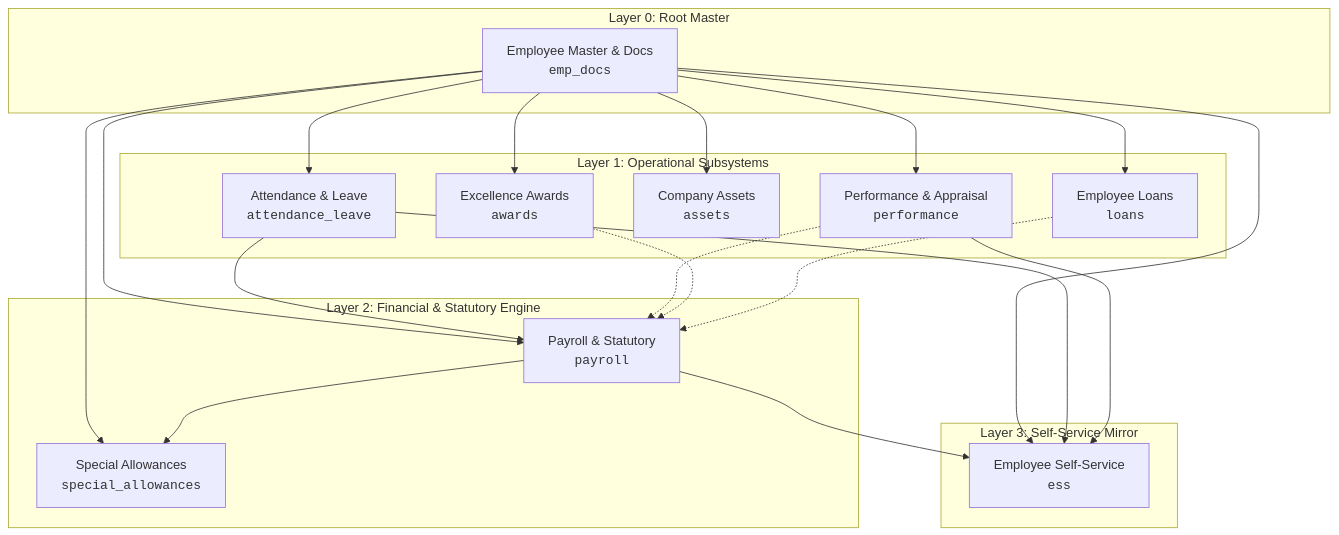
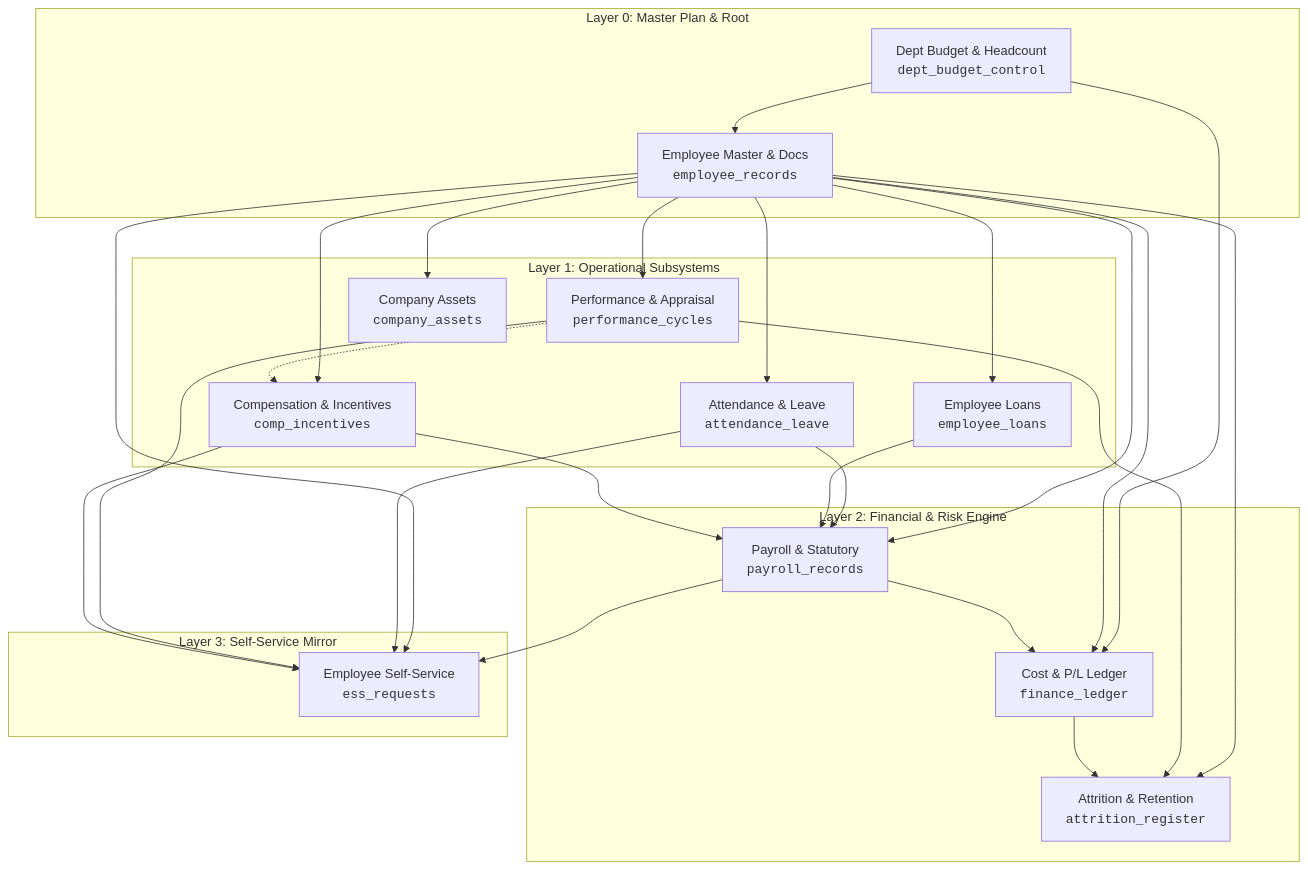
Before and after one commit to Karthik048789/hrms_simulation: the diagram in README.md, drawn with Mermaid. The commit also changed other lines of this file and 7 other files, not shown here.

Commit message:
feat: enhance finance control tower, attrition twin, and synchronize documentation

````diff
--- a/README.md
+++ b/README.md
@@ -35,43 +36,53 @@
 ```mermaid
 graph TD
-  subgraph Layer 0: Root Master
-    emp[Employee Master & Docs<br/><code>emp_docs</code>]
+  subgraph Layer 0: Master Plan & Root
+    bud[Dept Budget & Headcount<br/><code>dept_budget_control</code>]
+    emp[Employee Master & Docs<br/><code>employee_records</code>]
   end
 
   subgraph Layer 1: Operational Subsystems
     att[Attendance & Leave<br/><code>attendance_leave</code>]
-    perf[Performance & Appraisal<br/><code>performance</code>]
-    ast[Company Assets<br/><code>assets</code>]
-    ln[Employee Loans<br/><code>loans</code>]
-    awd[Excellence Awards<br/><code>awards</code>]
+    perf[Performance & Appraisal<br/><code>performance_cycles</code>]
+    ast[Company Assets<br/><code>company_assets</code>]
+    ln[Employee Loans<br/><code>employee_loans</code>]
+    comp[Compensation & Incentives<br/><code>comp_incentives</code>]
   end
 
-  subgraph Layer 2: Financial & Statutory Engine
-    pay[Payroll & Statutory<br/><code>payroll</code>]
-    sa[Special Allowances<br/><code>special_allowances</code>]
+  subgraph Layer 2: Financial & Risk Engine
+    pay[Payroll & Statutory<br/><code>payroll_records</code>]
+    fin[Cost & P/L Ledger<br/><code>finance_ledger</code>]
+    atn[Attrition & Retention<br/><code>attrition_register</code>]
   end
 
   subgraph Layer 3: Self-Service Mirror
-    ess[Employee Self-Service<br/><code>ess</code>]
+    ess[Employee Self-Service<br/><code>ess_requests</code>]
   end
+
+  bud --> emp
+  bud --> fin
 
   emp --> att
   emp --> perf
   emp --> ast
   emp --> ln
-  emp --> awd
-  
+  emp --> comp
+  perf -.-> comp
+
   emp --> pay
   att --> pay
-  perf -.-> pay
-  awd -.-> pay
-  ln -.-> pay
-  
-  emp --> sa
-  pay --> sa
-  
+  ln --> pay
+  comp --> pay
+
+  emp --> fin
+  pay --> fin
+
+  emp --> atn
+  perf --> atn
+  fin --> atn
+
   emp --> ess
   att --> ess
+  perf --> ess
+  comp --> ess
   pay --> ess
-  perf --> ess
 ```
````
